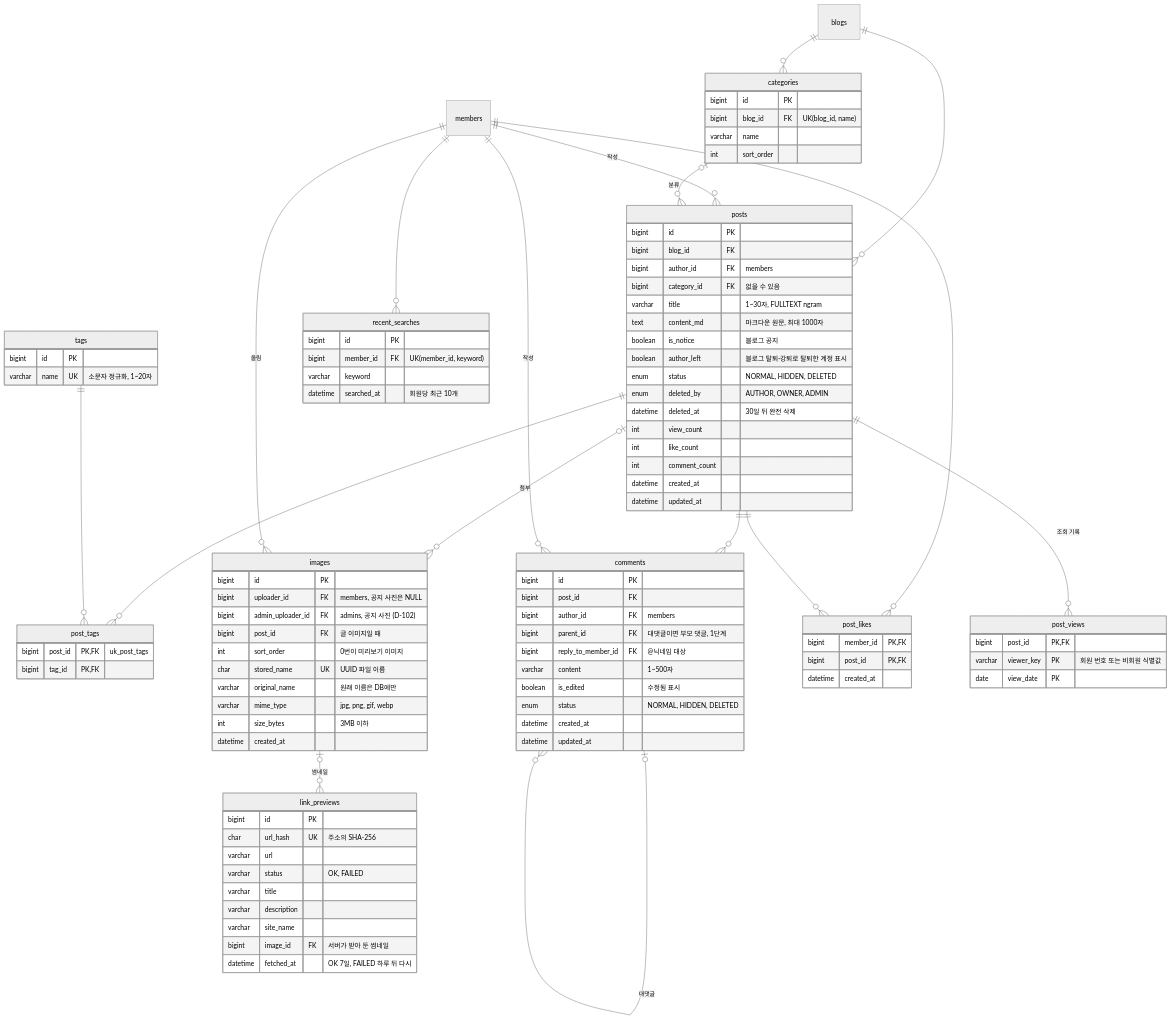
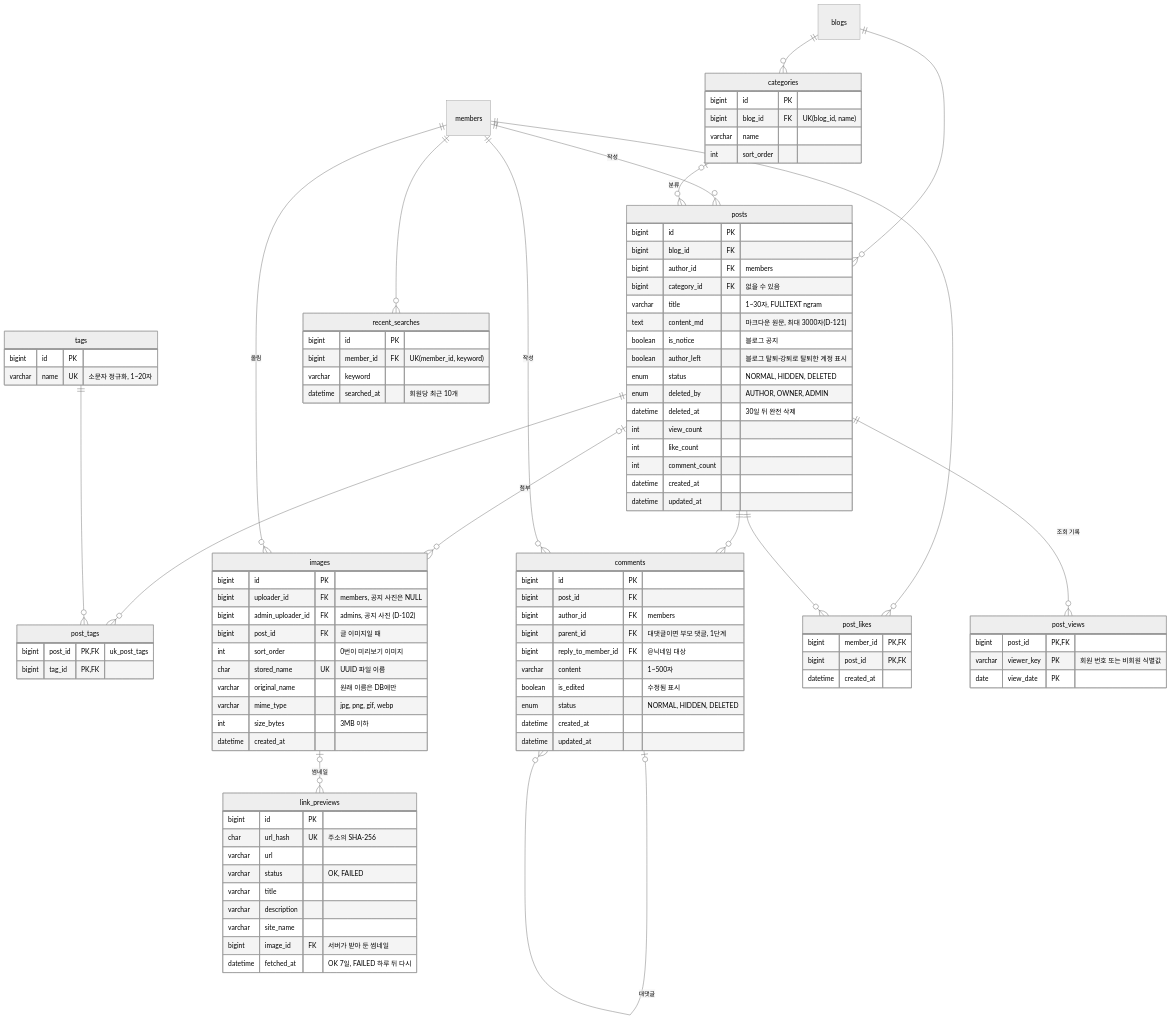
One commit to blogNM/blogproject changed the fourth of 6 diagrams in docs/04-design/ERD.md. Above: the diagram before and after it, drawn with Mermaid (neutral theme). The commit also changed 15 other files, not shown here.

```diff
--- a/docs/04-design/ERD.md
+++ b/docs/04-design/ERD.md
@@ -278,7 +278,7 @@
         bigint author_id FK "members"
         bigint category_id FK "없을 수 있음"
         varchar title "1~30자, FULLTEXT ngram"
-        text content_md "마크다운 원문, 최대 1000자"
+        text content_md "마크다운 원문, 최대 3000자(D-121)"
         boolean is_notice "블로그 공지"
         boolean author_left "블로그 탈퇴·강퇴로 탈퇴한 계정 표시"
         enum status "NORMAL, HIDDEN, DELETED"
```
